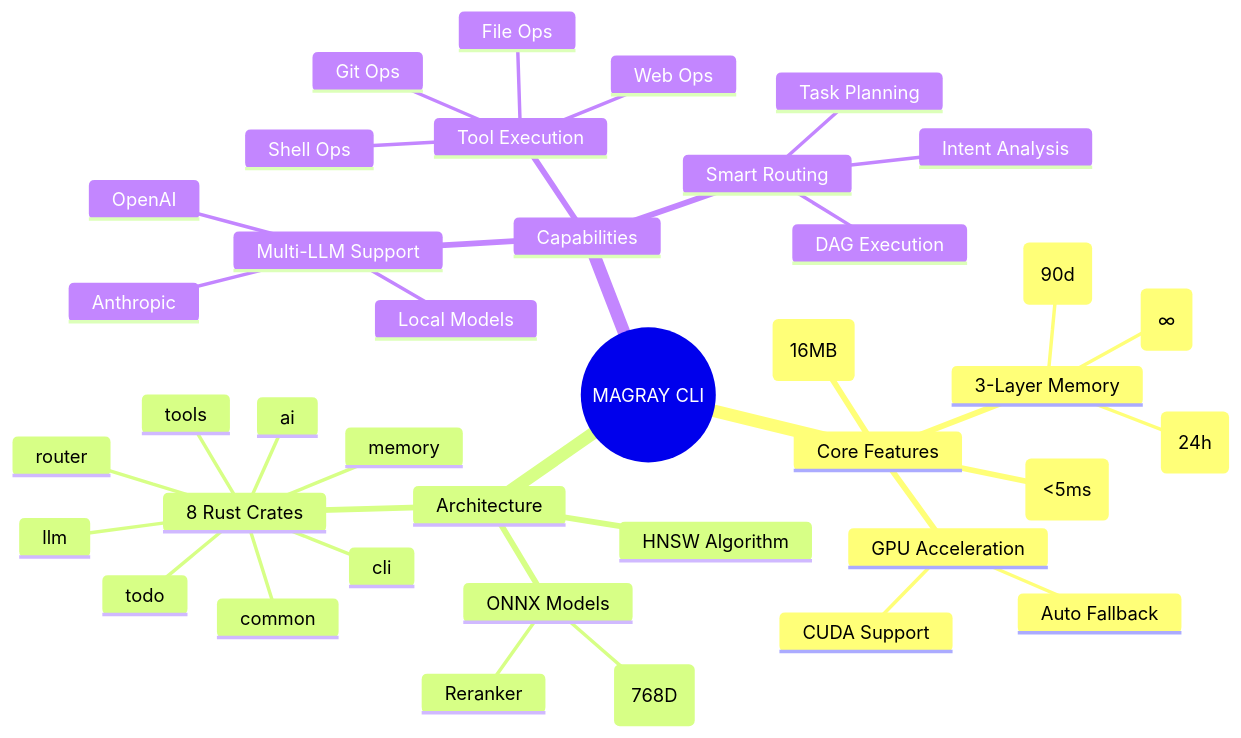
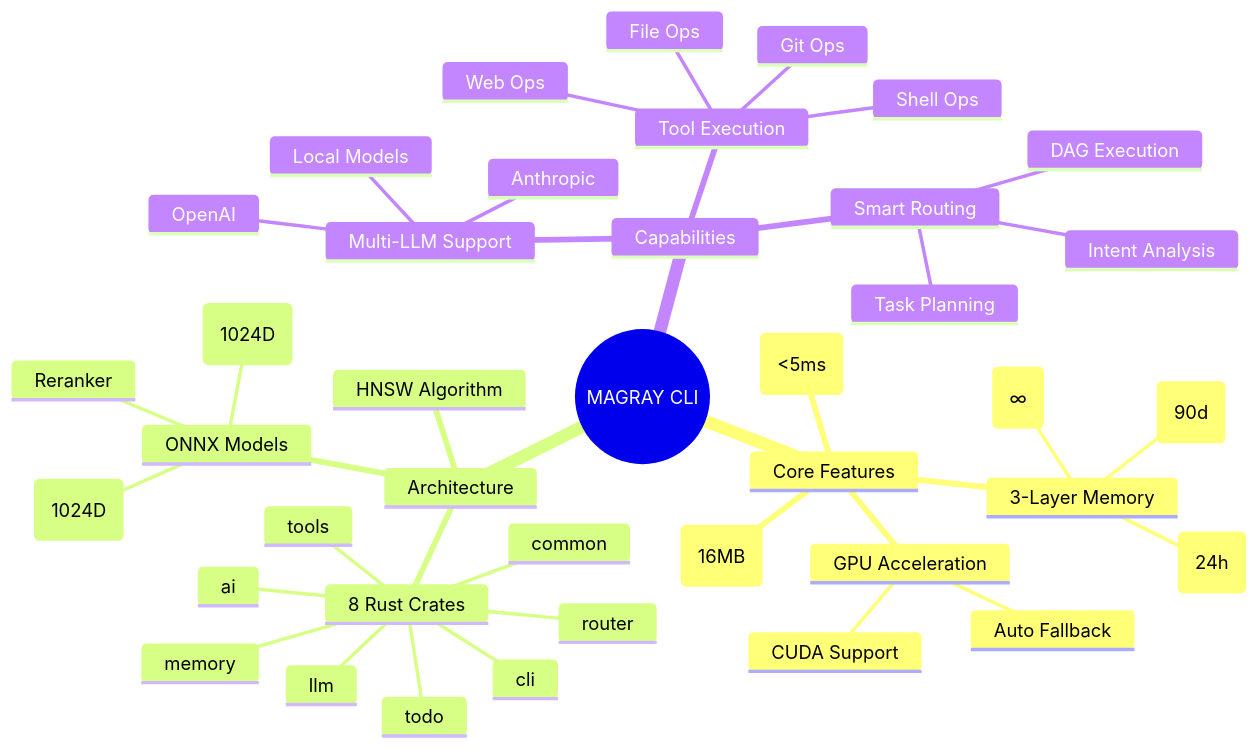
One commit to iMAGRAY/MAGRAY_Cli changed the first of 2 diagrams in docs/obsidian-v2/01_Architecture/System Overview - Обзор всей системы.md. Above: the diagram before and after it, drawn with Mermaid. The commit also changed other lines of this file and 50 other files, not shown here.

````diff
--- a/docs/obsidian-v2/01_Architecture/System Overview - Обзор всей системы.md
+++ b/docs/obsidian-v2/01_Architecture/System Overview - Обзор всей системы.md
@@ -11,44 +11,45 @@
 ```mermaid
 mindmap
   root((MAGRAY CLI))
     Core Features
       Vector Search(<5ms)
       3-Layer Memory
         Interact(24h)
         Insights(90d)
         Assets(∞)
       GPU Acceleration
         CUDA Support
         Auto Fallback
       Single Binary(16MB)
     
     Architecture
       8 Rust Crates
         cli
         memory
         ai
         llm
         router
         tools
         todo
         common
       HNSW Algorithm
       ONNX Models
-        BGE-M3(768D)
+        Qwen3(1024D)
+        BGE-M3(1024D)
         Reranker
     
     Capabilities
       Multi-LLM Support
         OpenAI
         Anthropic
         Local Models
       Tool Execution
         File Ops
         Git Ops
         Web Ops
         Shell Ops
       Smart Routing
         Intent Analysis
         Task Planning
         DAG Execution
 ```
````
